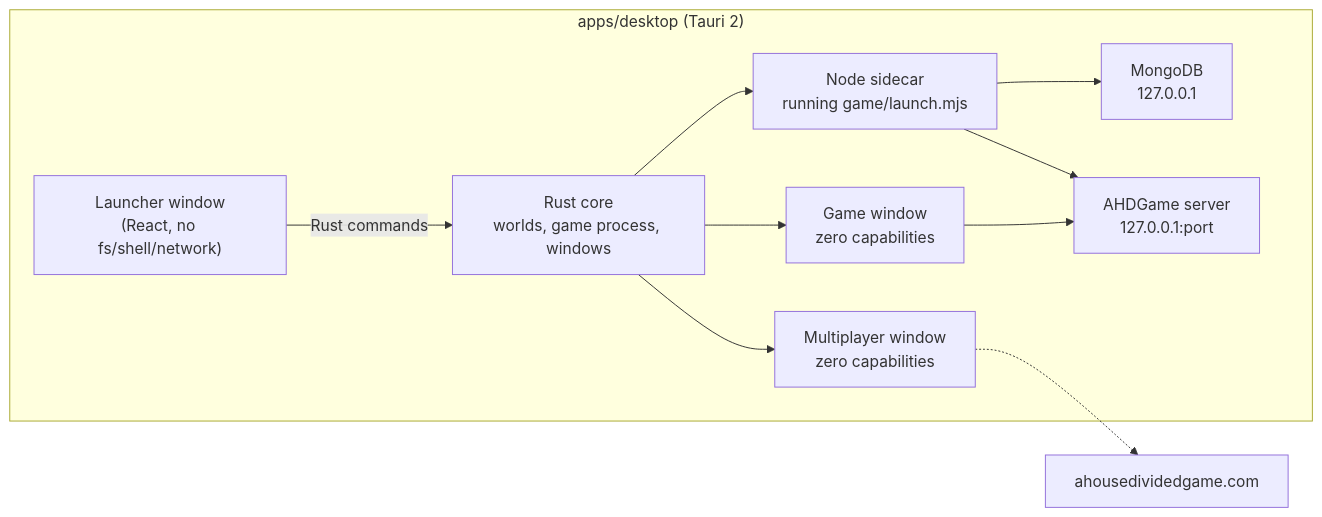
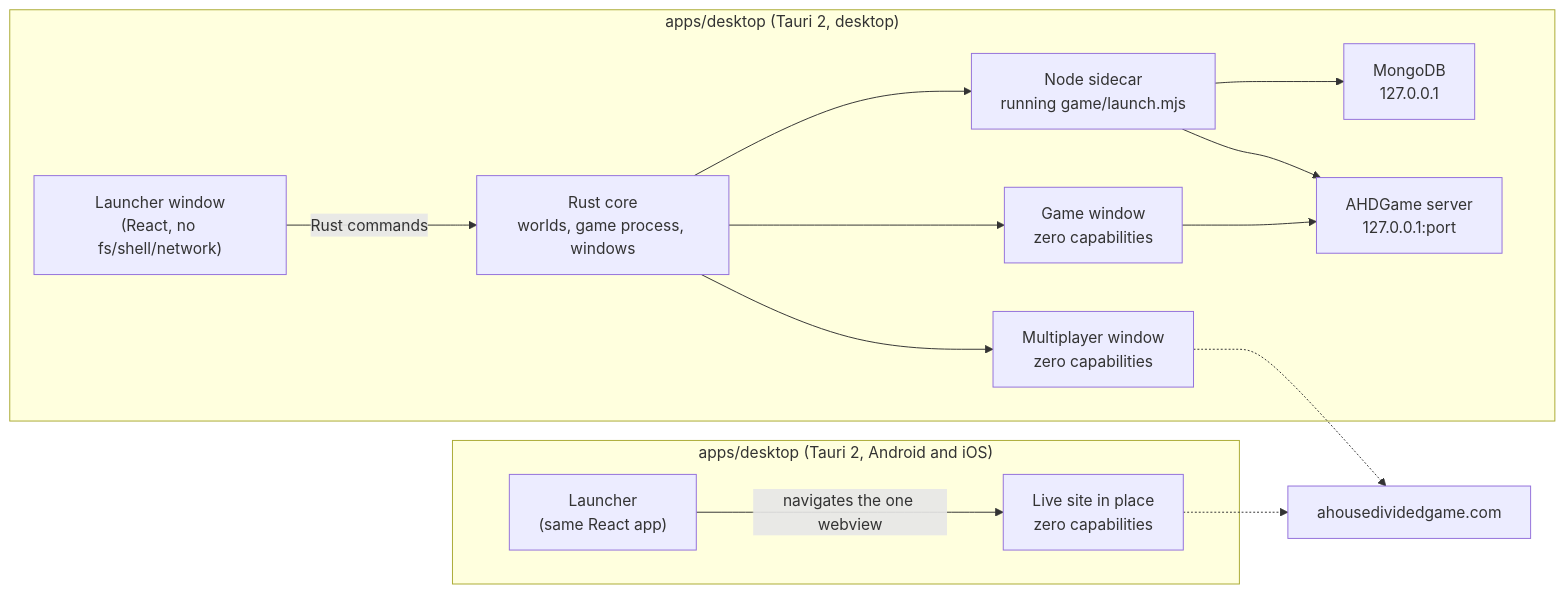
One commit to Egg3901/AHDClient changed the diagram in README.md. Above: the diagram before and after it, drawn with Mermaid. The commit also changed other lines of this file and 70 other files, not shown here.

First line of the commit message:
feat(mobile): ship the launcher on Android and iOS

````diff
--- a/README.md
+++ b/README.md
@@ -39,13 +43,17 @@
 ```mermaid
 flowchart LR
-  subgraph client["apps/desktop (Tauri 2)"]
+  subgraph client["apps/desktop (Tauri 2, desktop)"]
     launcher["Launcher window\n(React, no fs/shell/network)"] -->|Rust commands| rust["Rust core\nworlds, game process, windows"]
     rust --> node["Node sidecar\nrunning game/launch.mjs"]
     node --> mongo["MongoDB\n127.0.0.1"]
     node --> server["AHDGame server\n127.0.0.1:port"]
     rust --> game["Game window\nzero capabilities"]
     rust --> online["Multiplayer window\nzero capabilities"]
   end
   game --> server
   online -.-> live["ahousedividedgame.com"]
+  subgraph mobileshell["apps/desktop (Tauri 2, Android and iOS)"]
+    mlauncher["Launcher\n(same React app)"] -->|navigates the one webview| mobile["Live site in place\nzero capabilities"]
+  end
+  mobile -.-> live
 ```
````
